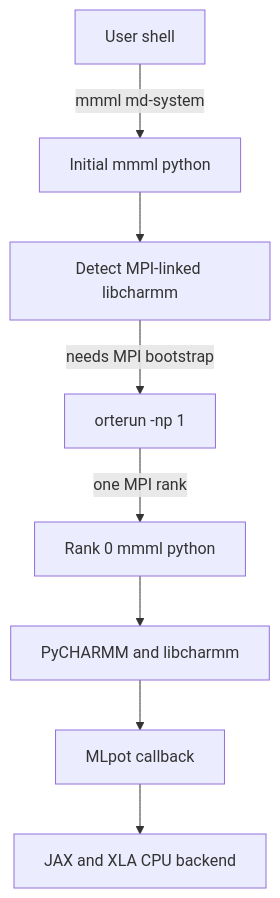
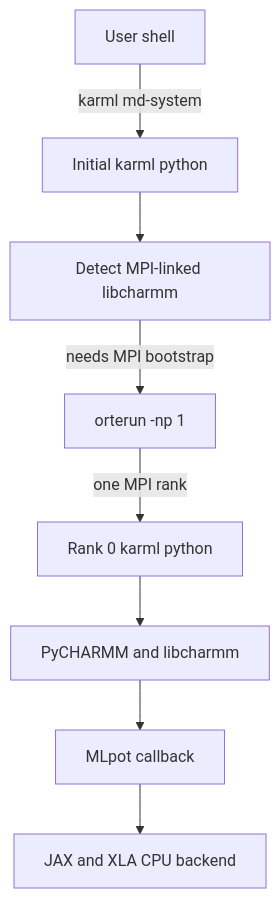
The first of 4 diagrams in docs/pycharmm-threading.md (EricBoittier/mmml), drawn with Mermaid before and after one commit. The commit also changed other lines of this file and 2421 other files, not shown here.

First line of the commit message:
Refactor project references from MMML to KARML

````diff
--- a/docs/pycharmm-threading.md
+++ b/docs/pycharmm-threading.md
@@ -16,19 +16,19 @@
 ```mermaid
 flowchart TD
   userShell["User shell"]
-  firstPython["Initial mmml python"]
+  firstPython["Initial karml python"]
   mpiCheck["Detect MPI-linked libcharmm"]
   orterun["orterun -np 1"]
-  rankPython["Rank 0 mmml python"]
+  rankPython["Rank 0 karml python"]
   pycharmm["PyCHARMM and libcharmm"]
   mlpot["MLpot callback"]
   jax["JAX and XLA CPU backend"]
 
-  userShell -->|"mmml md-system"| firstPython
+  userShell -->|"karml md-system"| firstPython
   firstPython --> mpiCheck
   mpiCheck -->|"needs MPI bootstrap"| orterun
   orterun -->|"one MPI rank"| rankPython
   rankPython --> pycharmm
   pycharmm --> mlpot
   mlpot --> jax
 ```
````
